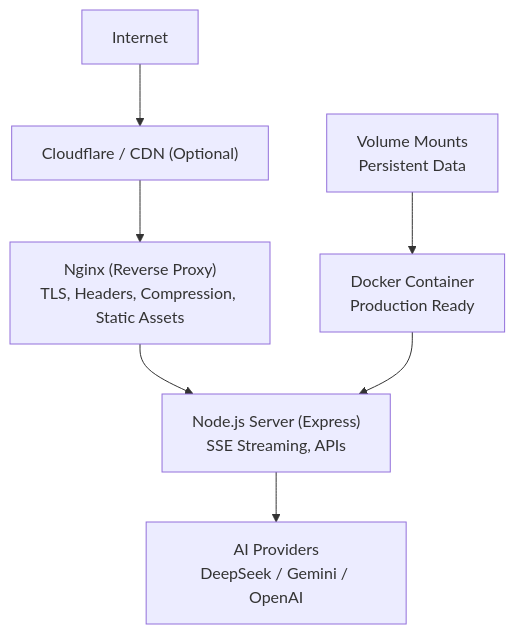
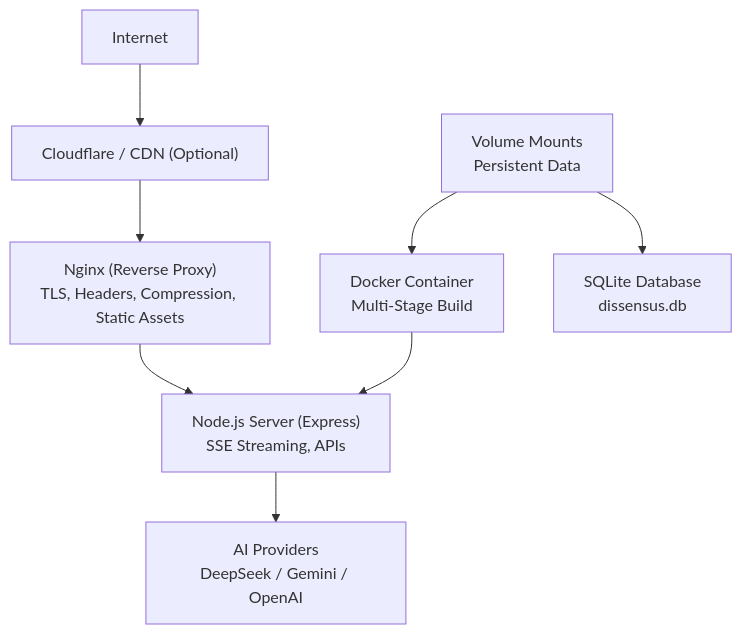
Before and after one commit to RunTimeAdmin/tri-ai: the second of 16 diagrams in .qoder/repowiki/en/content/Deployment & Operations/Deployment & Operations.md, drawn with Mermaid. The commit also changed other lines of this file and 40 other files, not shown here.

````diff
--- a/.qoder/repowiki/en/content/Deployment & Operations/Deployment & Operations.md
+++ b/.qoder/repowiki/en/content/Deployment & Operations/Deployment & Operations.md
@@ -123,15 +134,17 @@
 ```mermaid
 graph TB
 Internet["Internet"]
 CF["Cloudflare / CDN (Optional)"]
 Nginx["Nginx (Reverse Proxy)<br/>TLS, Headers, Compression, Static Assets"]
 Node["Node.js Server (Express)<br/>SSE Streaming, APIs"]
 Providers["AI Providers<br/>DeepSeek / Gemini / OpenAI"]
-Docker["Docker Container<br/>Production Ready"]
+Docker["Docker Container<br/>Multi-Stage Build"]
 DockerVolume["Volume Mounts<br/>Persistent Data"]
+SQLite["SQLite Database<br/>dissensus.db"]
 Internet --> CF --> Nginx
 Nginx --> Node
 Node --> Providers
 Docker --> Node
 DockerVolume --> Docker
+DockerVolume --> SQLite
 ```
````
